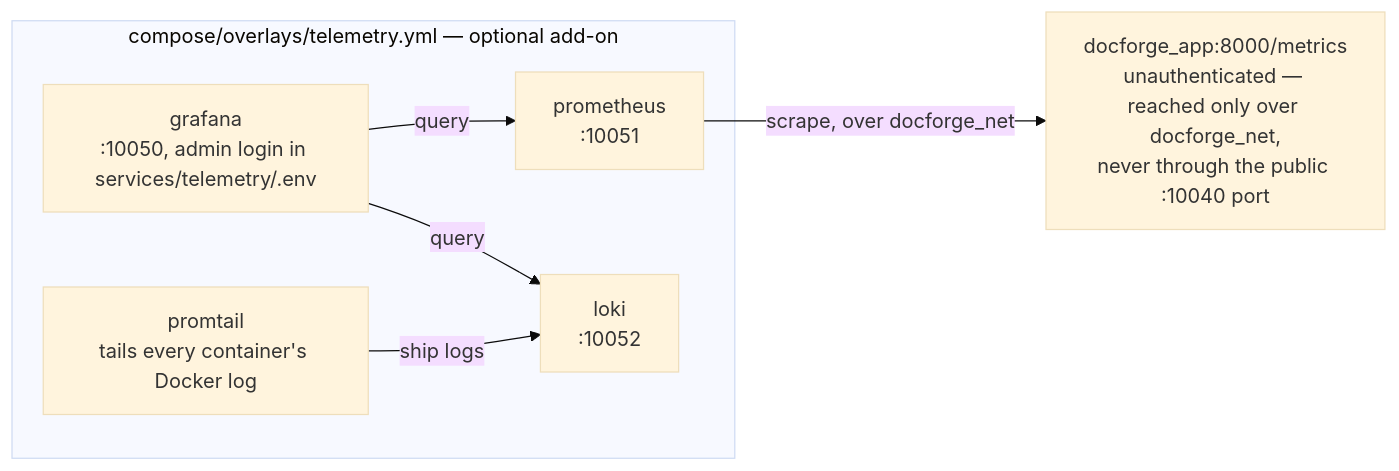
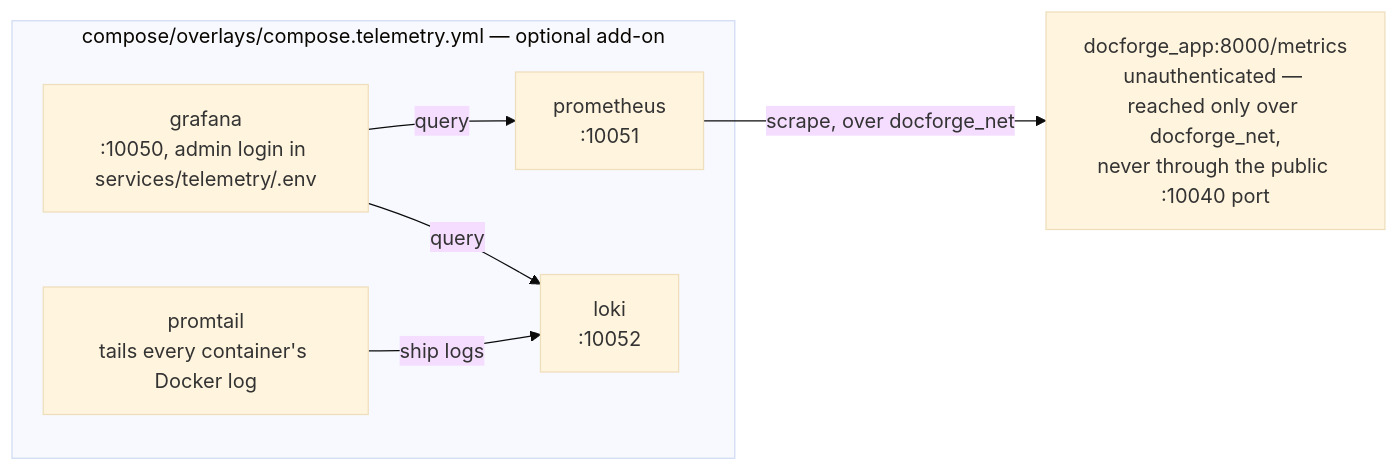
One commit to Florian-BARRE/DocForge changed the third of 3 diagrams in docs/architecture.md. Above: the diagram before and after it, drawn with Mermaid (base theme). The commit also changed other lines of this file and 34 other files, not shown here.

````diff
--- a/docs/architecture.md
+++ b/docs/architecture.md
@@ -308,15 +308,15 @@
 ```mermaid
 flowchart LR
-    subgraph ADDON["compose/overlays/telemetry.yml — optional add-on"]
+    subgraph ADDON["compose/overlays/compose.telemetry.yml — optional add-on"]
         PROM["prometheus<br/>:10051"]
         LOKI["loki<br/>:10052"]
         PTAIL["promtail<br/>tails every container's Docker log"]
         GRAF["grafana<br/>:10050, admin login in services/telemetry/.env"]
     end
     METRICS["docforge_app:8000/metrics<br/>unauthenticated — reached only over docforge_net,<br/>never through the public :10040 port"]
 
     PROM -->|scrape, over docforge_net| METRICS
     PTAIL -->|ship logs| LOKI
     GRAF -->|query| PROM
     GRAF -->|query| LOKI
 ```
````
